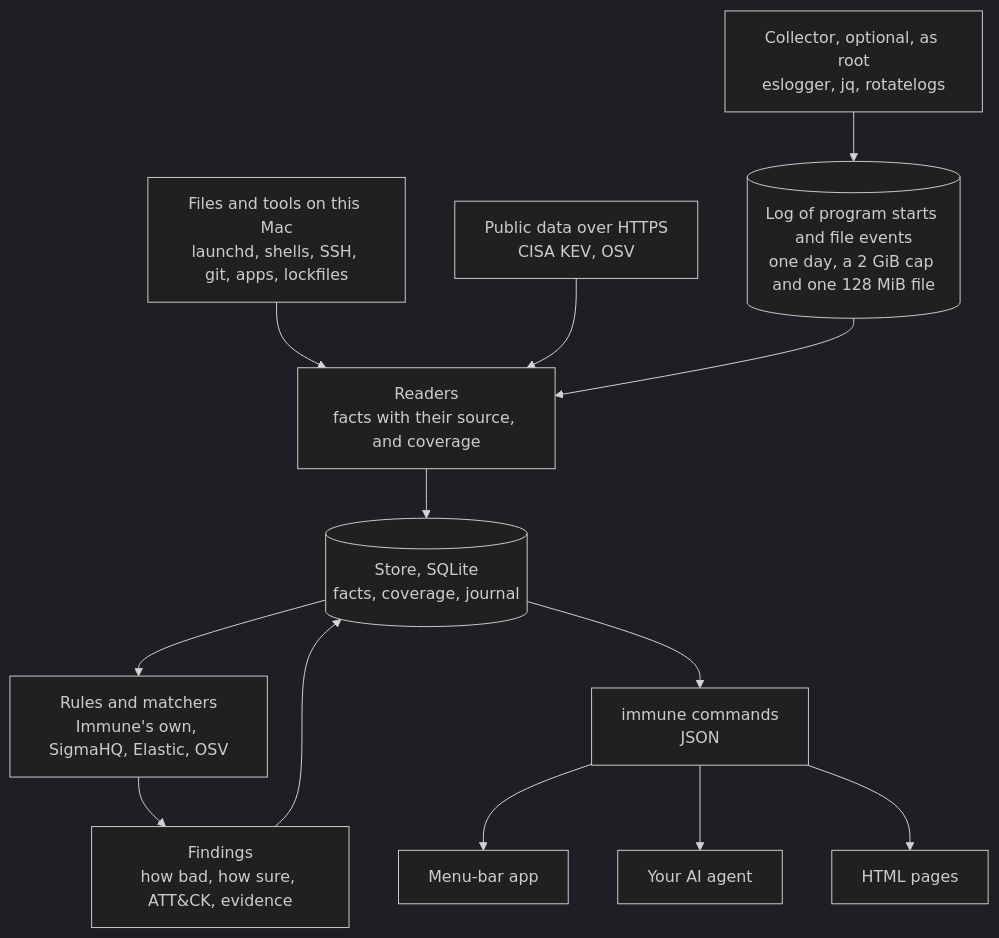
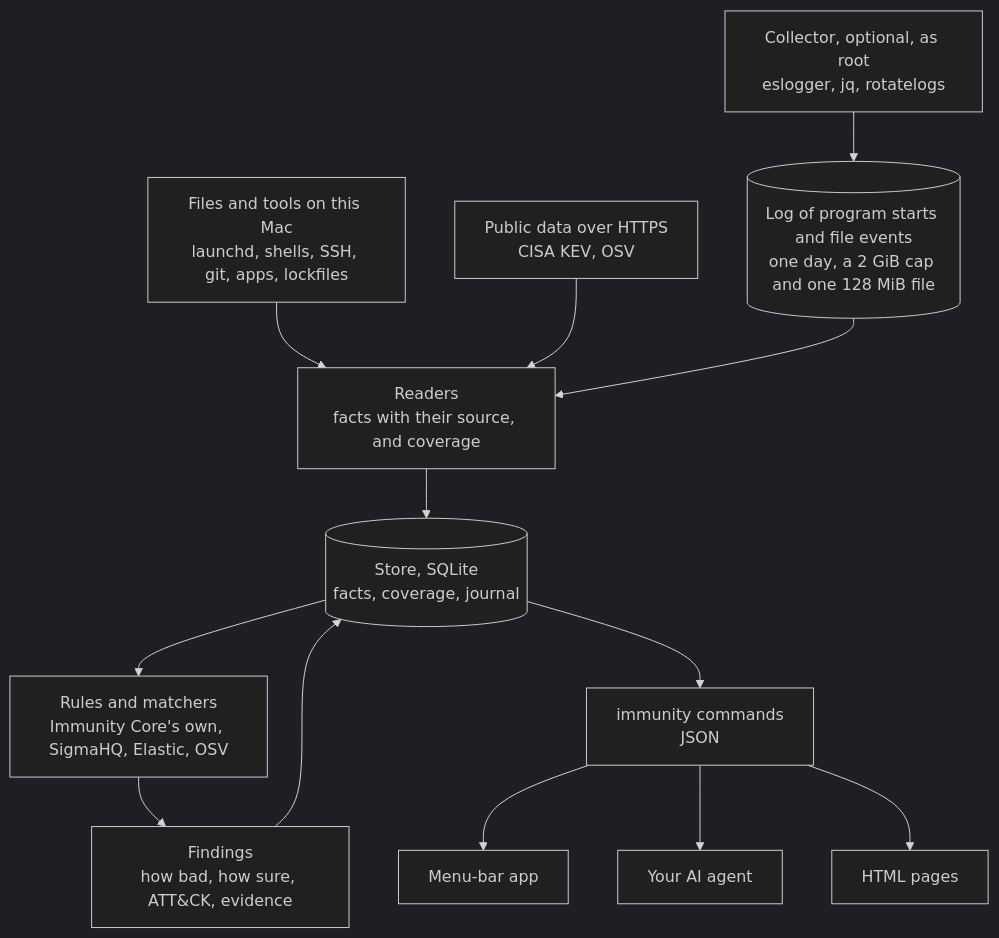
Before and after one commit to nuanu-ai/immune: the diagram in docs/how-it-works.md, drawn with Mermaid (dark theme). The commit also changed other lines of this file and 144 other files, not shown here.

First line of the commit message:
feat!: rename the project to Immunity Core and the CLI to immunity (#77)

````diff
--- a/docs/how-it-works.md
+++ b/docs/how-it-works.md
@@ -20,15 +20,15 @@
 ```mermaid
 flowchart TD
     collector["Collector, optional, as root<br/>eslogger, jq, rotatelogs"] --> log[("Log of program starts and file events<br/>one day, a 2 GiB cap and one 128 MiB file")]
     mac["Files and tools on this Mac<br/>launchd, shells, SSH, git, apps, lockfiles"] --> readers
     feeds["Public data over HTTPS<br/>CISA KEV, OSV"] --> readers
     log --> readers["Readers<br/>facts with their source, and coverage"]
     readers --> store[("Store, SQLite<br/>facts, coverage, journal")]
-    store --> rules["Rules and matchers<br/>Immune's own, SigmaHQ, Elastic, OSV"]
+    store --> rules["Rules and matchers<br/>Immunity Core's own, SigmaHQ, Elastic, OSV"]
     rules --> findings["Findings<br/>how bad, how sure, ATT&CK, evidence"]
     findings --> store
-    store --> commands["immune commands<br/>JSON"]
+    store --> commands["immunity commands<br/>JSON"]
     commands --> app["Menu-bar app"]
     commands --> agent["Your AI agent"]
     commands --> page["HTML pages"]
 ```
````
